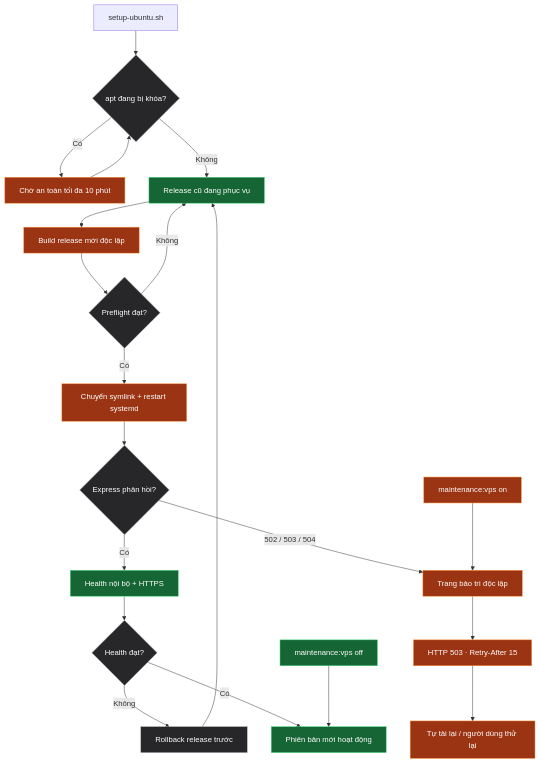
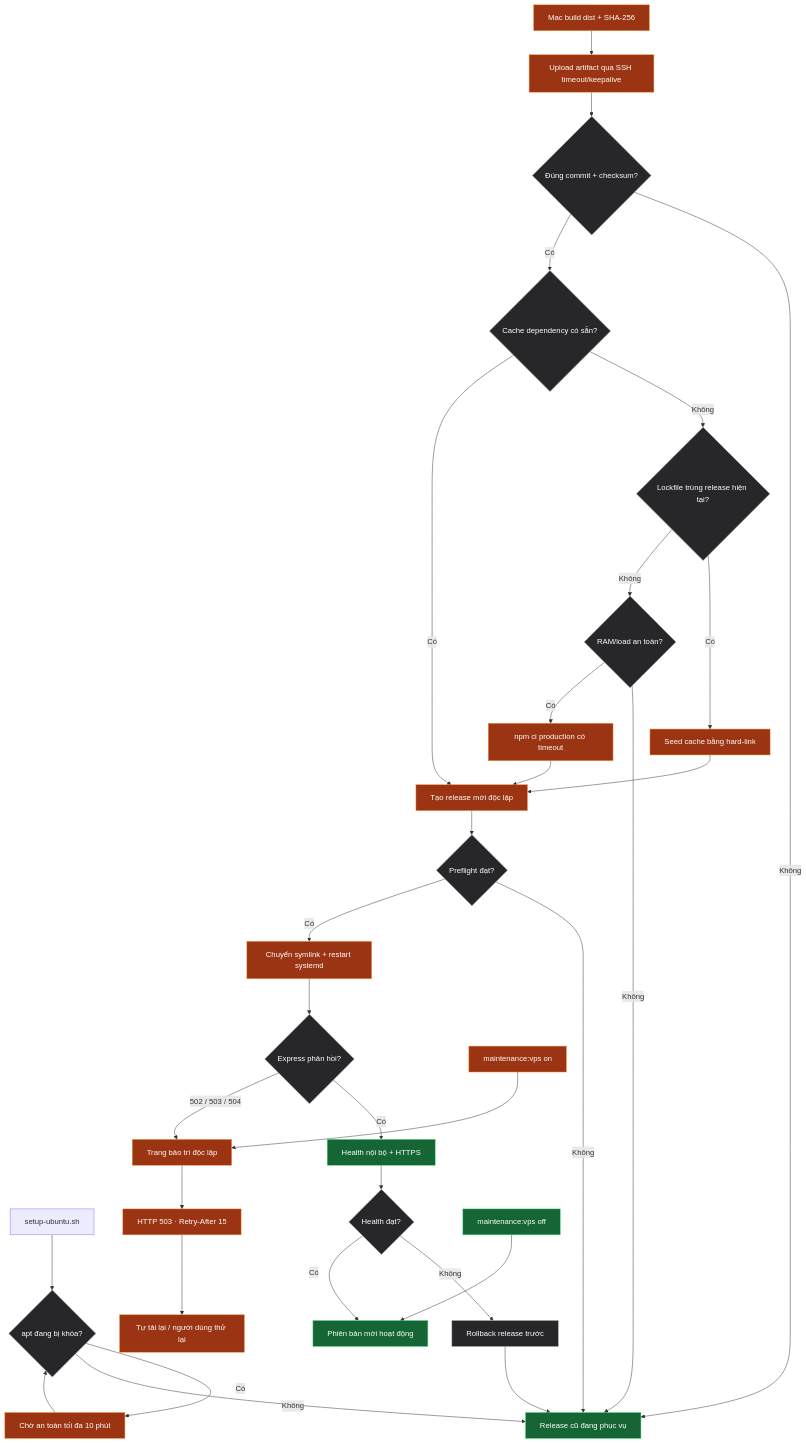
The fifth of 5 diagrams in DIAGRAMS.md (phamcongdanh98/Web-tool-ALL), drawn with Mermaid before and after one commit. The commit also changed 11 other files, not shown here.

````diff
--- a/DIAGRAMS.md
+++ b/DIAGRAMS.md
@@ -145,29 +145,40 @@
 ```mermaid
 flowchart TD
     S["setup-ubuntu.sh"] --> Q{"apt đang bị khóa?"}
     Q -- "Có" --> W["Chờ an toàn tối đa 10 phút"]
     W --> Q
     Q -- "Không" --> A["Release cũ đang phục vụ"]
-    A --> B["Build release mới độc lập"]
+    R["Mac build dist + SHA-256"] --> U["Upload artifact qua SSH timeout/keepalive"]
+    U --> V{"Đúng commit + checksum?"}
+    V -- "Không" --> A
+    V -- "Có" --> X{"Cache dependency có sẵn?"}
+    X -- "Không" --> T{"Lockfile trùng release hiện tại?"}
+    T -- "Có" --> AA["Seed cache bằng hard-link"]
+    AA --> B
+    T -- "Không" --> Y{"RAM/load an toàn?"}
+    Y -- "Không" --> A
+    Y -- "Có" --> Z["npm ci production có timeout"]
+    X -- "Có" --> B["Tạo release mới độc lập"]
+    Z --> B
     B --> C{"Preflight đạt?"}
     C -- "Không" --> A
     C -- "Có" --> D["Chuyển symlink + restart systemd"]
     D --> E{"Express phản hồi?"}
     E -- "Có" --> F["Health nội bộ + HTTPS"]
     E -- "502 / 503 / 504" --> M["Trang bảo trì độc lập"]
     G["maintenance:vps on"] --> M
     M --> H["HTTP 503 · Retry-After 15"]
     H --> I["Tự tải lại / người dùng thử lại"]
     F --> J{"Health đạt?"}
     J -- "Không" --> K["Rollback release trước"]
     J -- "Có" --> L["Phiên bản mới hoạt động"]
     K --> A
     N["maintenance:vps off"] --> L
 
     classDef ok fill:#166534,stroke:#4ade80,color:#fff;
     classDef wait fill:#9a3412,stroke:#fb923c,color:#fff;
     classDef decision fill:#27272a,stroke:#a1a1aa,color:#fff;
     class A,F,L,N ok;
-    class B,D,G,M,H,I,W wait;
-    class C,E,J,K,Q decision;
+    class B,D,G,M,H,I,W,R,U,Z,AA wait;
+    class C,E,J,K,Q,V,X,Y,T decision;
 ```
````
